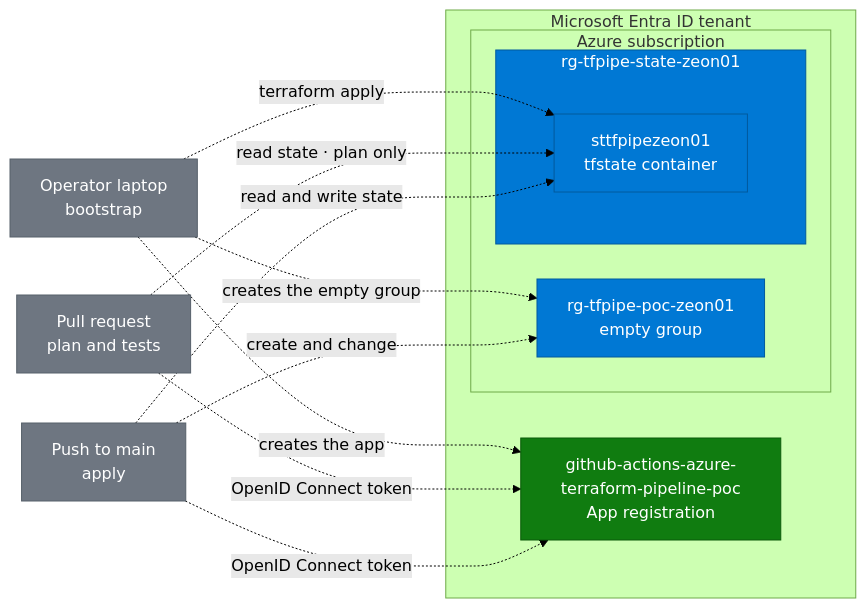
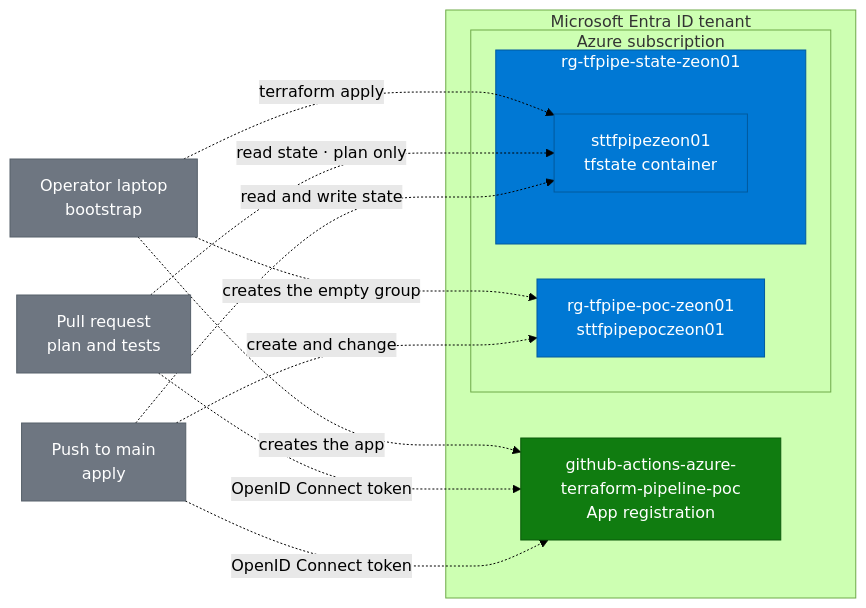
One commit to zsociety47/azure-terraform-pipeline-poc changed the diagram in README.md. Above: the diagram before and after it, drawn with Mermaid (forest theme). The commit also changed other lines of this file and 2 other files, not shown here.

````diff
--- a/README.md
+++ b/README.md
@@ -432,32 +432,32 @@
 ```mermaid
 flowchart LR
     laptop["Operator laptop<br/>bootstrap"]
     pr["Pull request<br/>plan and tests"]
     main["Push to main<br/>apply"]
 
     subgraph tenant["Microsoft Entra ID tenant"]
         entra["github-actions-azure-terraform-pipeline-poc<br/>App registration"]
         subgraph sub["Azure subscription"]
             subgraph stateRg["rg-tfpipe-state-zeon01"]
                 state["sttfpipezeon01<br/>tfstate container"]
             end
-            pipe["rg-tfpipe-poc-zeon01<br/>empty group"]
+            pipe["rg-tfpipe-poc-zeon01<br/>sttfpipepoczeon01"]
         end
     end
 
     laptop -. "terraform apply" .-> state
     laptop -. "creates the app" .-> entra
     laptop -. "creates the empty group" .-> pipe
     pr -. "OpenID Connect token" .-> entra
     main -. "OpenID Connect token" .-> entra
     pr -. "read state · plan only" .-> state
     main -. "read and write state" .-> state
     main -. "create and change" .-> pipe
 
     classDef azure fill:#0078d4,stroke:#005a9e,color:#fff
     classDef identity fill:#107c10,stroke:#0b5a0b,color:#fff
     classDef external fill:#6e7681,stroke:#57606a,color:#fff
     class state,pipe,stateRg azure
     class entra identity
     class laptop,pr,main external
 ```
````
